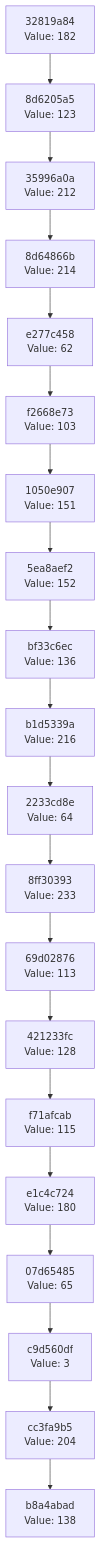
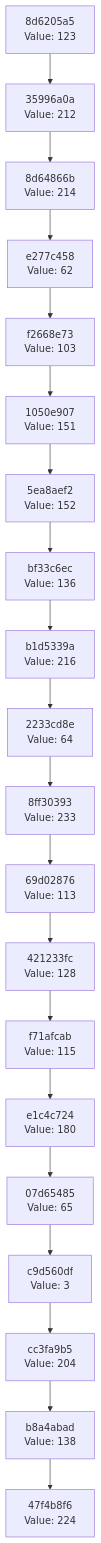
One commit to Abhisheksinha1506/hash-chain-evolver changed the diagram in docs/CHAIN_VISUALIZATION.md. Above: the diagram before and after it, drawn with Mermaid. The commit also changed 3 other files, not shown here.

````diff
--- a/docs/CHAIN_VISUALIZATION.md
+++ b/docs/CHAIN_VISUALIZATION.md
@@ -3,42 +3,42 @@
 ```mermaid
 graph TD
-    C0["b8a4abad<br/>Value: 138"]
-    C1["cc3fa9b5<br/>Value: 204"]
+    C0["47f4b8f6<br/>Value: 224"]
+    C1["b8a4abad<br/>Value: 138"]
     C1 --> C0
-    C2["c9d560df<br/>Value: 3"]
+    C2["cc3fa9b5<br/>Value: 204"]
     C2 --> C1
-    C3["07d65485<br/>Value: 65"]
+    C3["c9d560df<br/>Value: 3"]
     C3 --> C2
-    C4["e1c4c724<br/>Value: 180"]
+    C4["07d65485<br/>Value: 65"]
     C4 --> C3
-    C5["f71afcab<br/>Value: 115"]
+    C5["e1c4c724<br/>Value: 180"]
     C5 --> C4
-    C6["421233fc<br/>Value: 128"]
+    C6["f71afcab<br/>Value: 115"]
     C6 --> C5
-    C7["69d02876<br/>Value: 113"]
+    C7["421233fc<br/>Value: 128"]
     C7 --> C6
-    C8["8ff30393<br/>Value: 233"]
+    C8["69d02876<br/>Value: 113"]
     C8 --> C7
-    C9["2233cd8e<br/>Value: 64"]
+    C9["8ff30393<br/>Value: 233"]
     C9 --> C8
-    C10["b1d5339a<br/>Value: 216"]
+    C10["2233cd8e<br/>Value: 64"]
     C10 --> C9
-    C11["bf33c6ec<br/>Value: 136"]
+    C11["b1d5339a<br/>Value: 216"]
     C11 --> C10
-    C12["5ea8aef2<br/>Value: 152"]
+    C12["bf33c6ec<br/>Value: 136"]
     C12 --> C11
-    C13["1050e907<br/>Value: 151"]
+    C13["5ea8aef2<br/>Value: 152"]
     C13 --> C12
-    C14["f2668e73<br/>Value: 103"]
+    C14["1050e907<br/>Value: 151"]
     C14 --> C13
-    C15["e277c458<br/>Value: 62"]
+    C15["f2668e73<br/>Value: 103"]
     C15 --> C14
-    C16["8d64866b<br/>Value: 214"]
+    C16["e277c458<br/>Value: 62"]
     C16 --> C15
-    C17["35996a0a<br/>Value: 212"]
+    C17["8d64866b<br/>Value: 214"]
     C17 --> C16
-    C18["8d6205a5<br/>Value: 123"]
+    C18["35996a0a<br/>Value: 212"]
     C18 --> C17
-    C19["32819a84<br/>Value: 182"]
+    C19["8d6205a5<br/>Value: 123"]
     C19 --> C18
 ```
````
